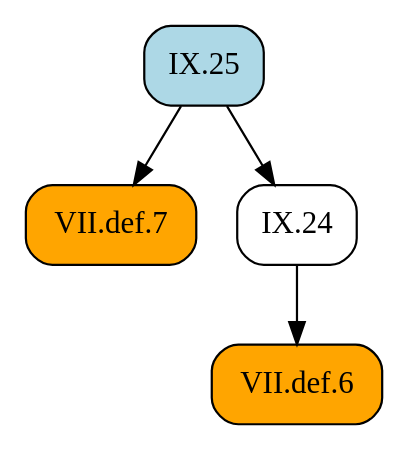
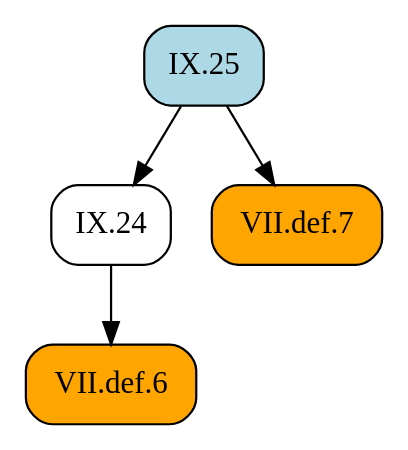
Before and after one commit to geometor/elements: the diagram in docsrc/heath/IX/25/index.rst, drawn with Graphviz. The commit also changed other lines of this file and 1029 other files, not shown here.

```diff
--- a/docsrc/heath/IX/25/index.rst
+++ b/docsrc/heath/IX/25/index.rst
@@ -30,13 +30,13 @@
 .. graphviz::
 
    digraph {
      rankdir="TB";
      node [shape=box, style=rounded];
+     "IX.24" [URL="/heath/IX/24/", target="_top"];
      "VII.def.7" [style="rounded,filled", fillcolor=orange, URL="/heath/VII/def.7/", target="_top"];
      "VII.def.6" [style="rounded,filled", fillcolor=orange, URL="/heath/VII/def.6/", target="_top"];
-     "IX.24" [URL="/heath/IX/24/", target="_top"];
      "IX.25" [style="rounded,filled", fillcolor=lightblue, URL="/heath/IX/25/", target="_top"];
+     "IX.25" -> "IX.24";
      "IX.25" -> "VII.def.7";
      "IX.24" -> "VII.def.6";
-     "IX.25" -> "IX.24";
    }
```
